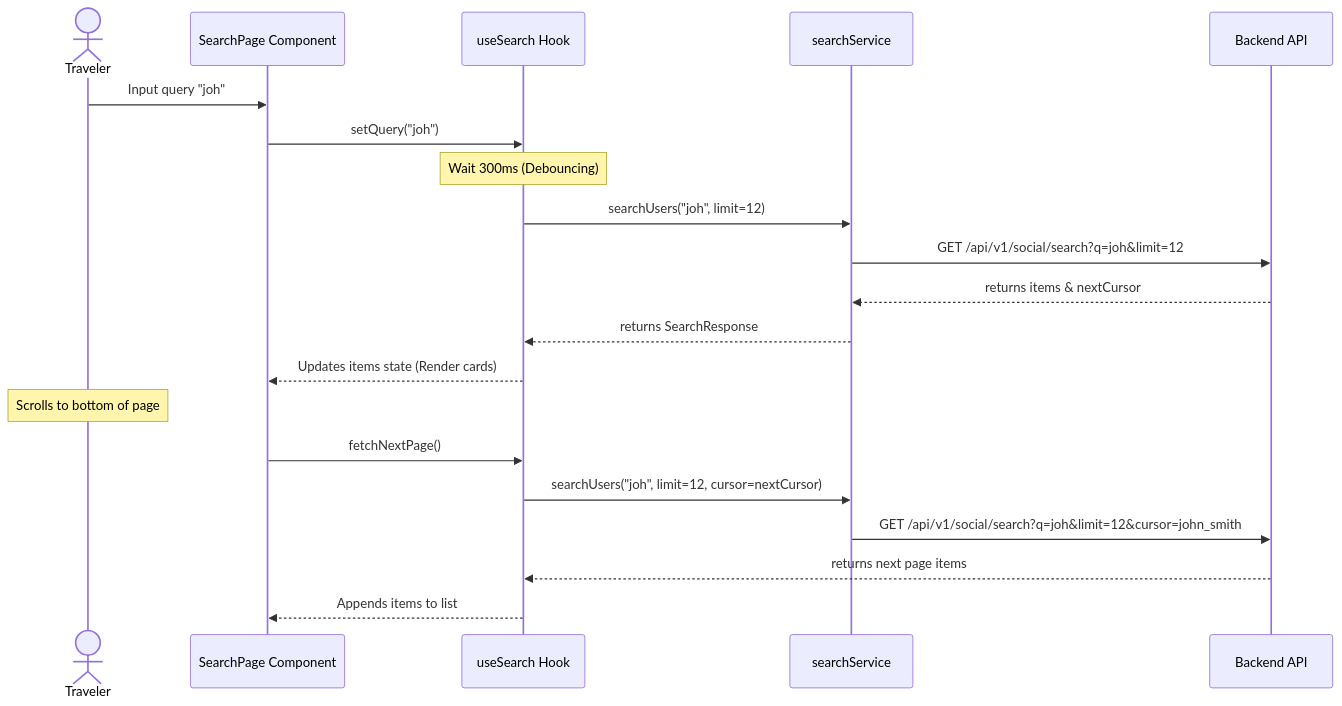
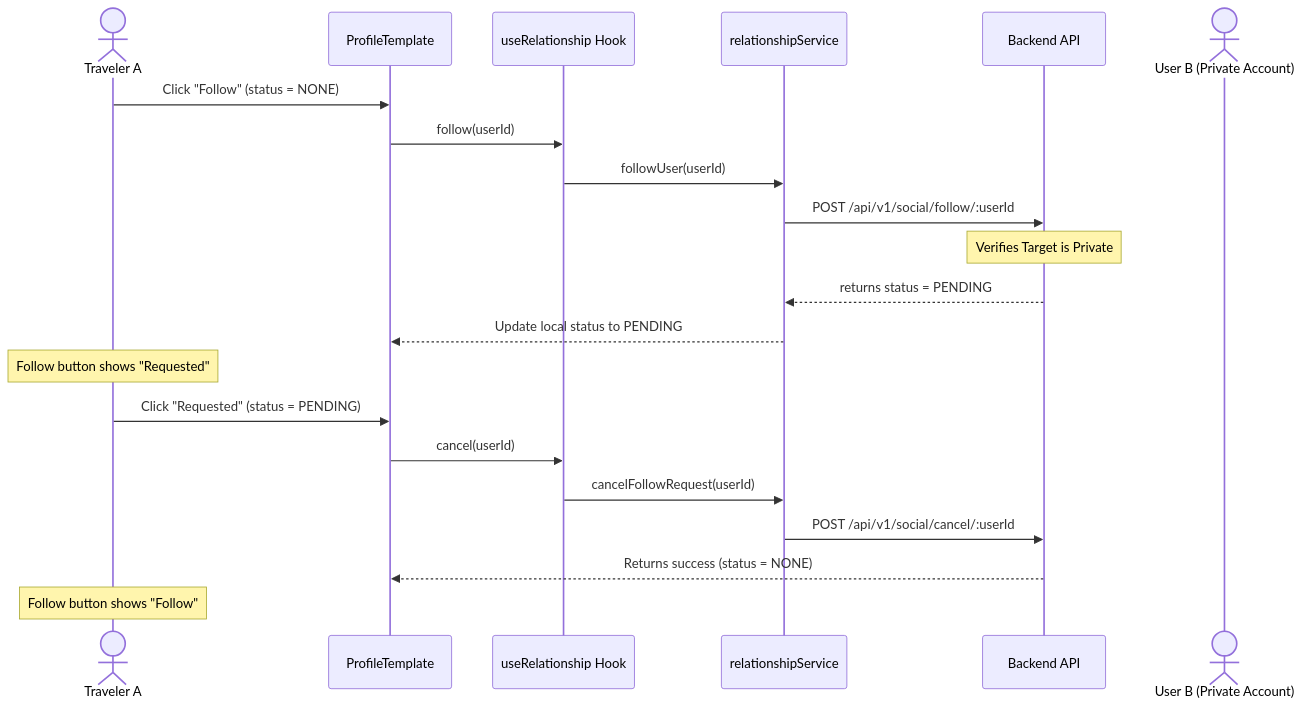
Before and after one commit to ayanpandit/yugo-web: the first of 2 diagrams in docs/frontend-social-integration-phase-2.0.md, drawn with Mermaid. The commit also changed other lines of this file and 8 other files, not shown here.

Commit message:
feat: Add Instagram-style follow request states & interactive notification actions

````diff
--- a/docs/frontend-social-integration-phase-2.0.md
+++ b/docs/frontend-social-integration-phase-2.0.md
@@ -65,24 +76,25 @@
 ```mermaid
 sequenceDiagram
-    actor User as Traveler
-    participant C as SearchPage Component
-    participant H as useSearch Hook
-    participant S as searchService
+    actor Traveler as Traveler A
+    participant C as ProfileTemplate
+    participant H as useRelationship Hook
+    participant S as relationshipService
     participant API as Backend API
+    actor Target as User B (Private Account)
 
-    User->>C: Input query "joh"
-    C->>H: setQuery("joh")
-    Note over H: Wait 300ms (Debouncing)
-    H->>S: searchUsers("joh", limit=12)
-    S->>API: GET /api/v1/social/search?q=joh&limit=12
-    API-->>S: returns items & nextCursor
-    S-->>H: returns SearchResponse
-    H-->>C: Updates items state (Render cards)
+    Traveler->>C: Click "Follow" (status = NONE)
+    C->>H: follow(userId)
+    H->>S: followUser(userId)
+    S->>API: POST /api/v1/social/follow/:userId
+    Note over API: Verifies Target is Private
+    API-->>S: returns status = PENDING
+    S-->>C: Update local status to PENDING
+    Note over Traveler: Follow button shows "Requested"
     
-    Note over User: Scrolls to bottom of page
-    C->>H: fetchNextPage()
-    H->>S: searchUsers("joh", limit=12, cursor=nextCursor)
-    S->>API: GET /api/v1/social/search?q=joh&limit=12&cursor=john_smith
-    API-->>H: returns next page items
-    H-->>C: Appends items to list
+    Traveler->>C: Click "Requested" (status = PENDING)
+    C->>H: cancel(userId)
+    H->>S: cancelFollowRequest(userId)
+    S->>API: POST /api/v1/social/cancel/:userId
+    API-->>C: Returns success (status = NONE)
+    Note over Traveler: Follow button shows "Follow"
 ```
````
